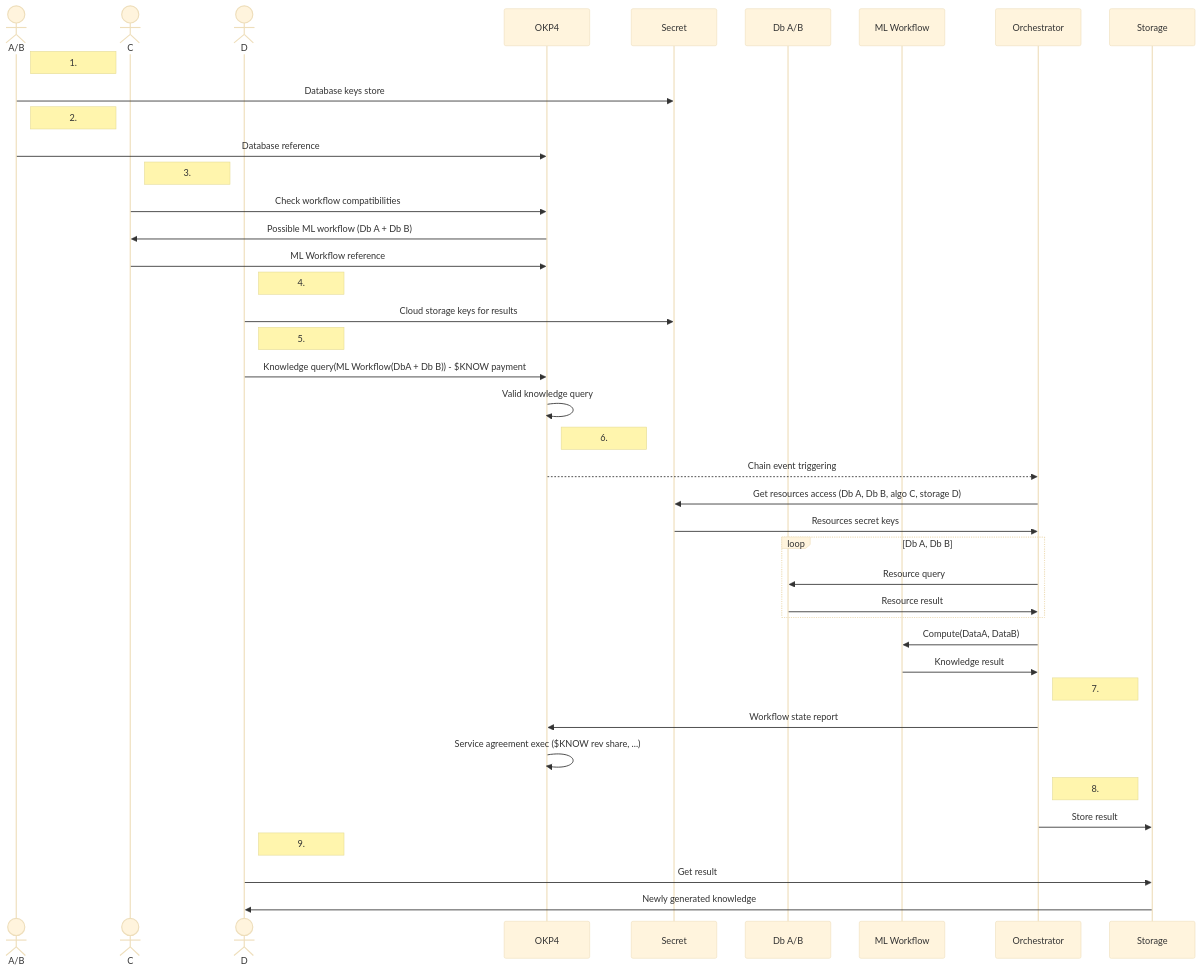
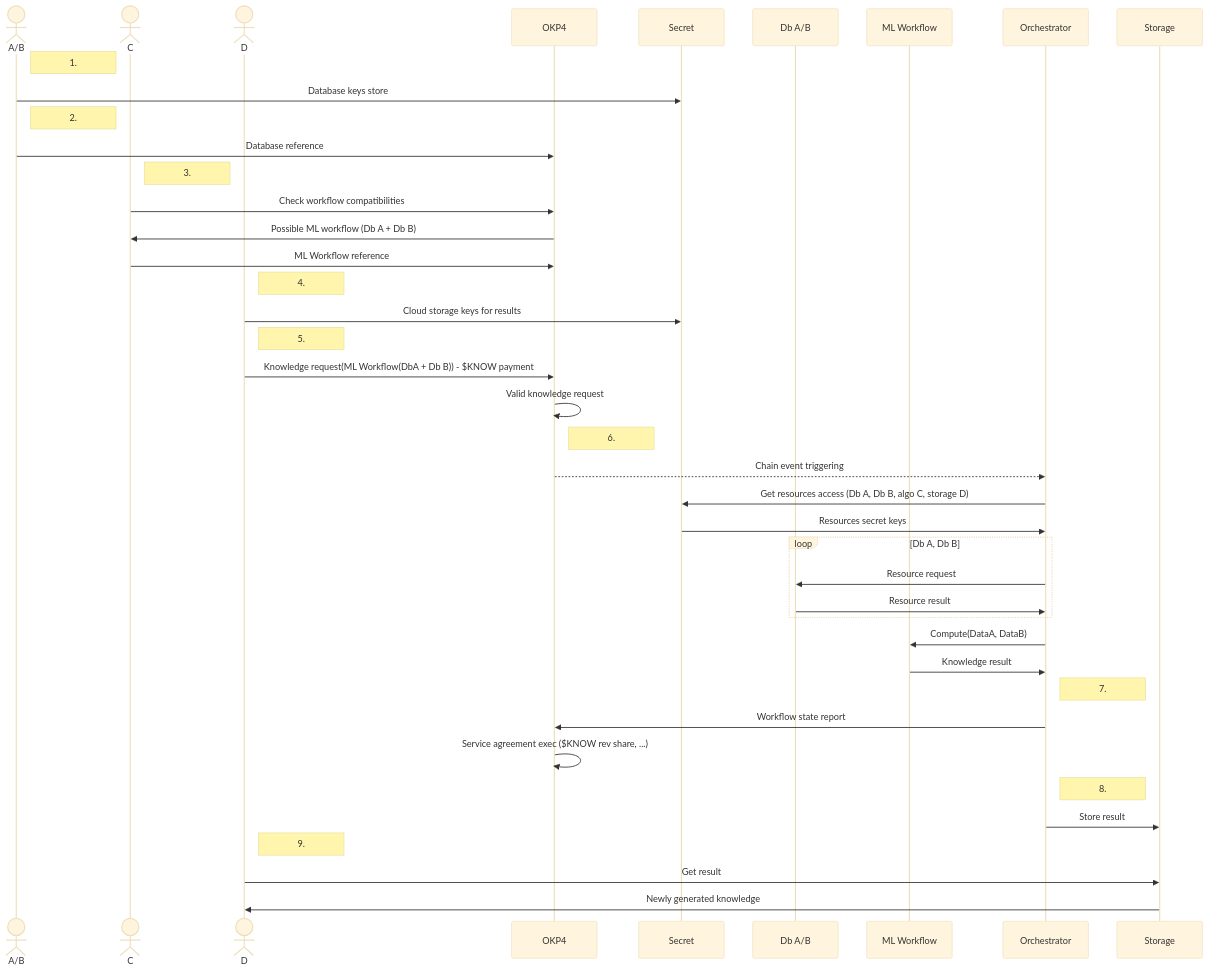
One commit to axone-protocol/docs changed the diagram in docs/whitepaper/architecture.mdx. Above: the diagram before and after it, drawn with Mermaid (base theme). The commit also changed other lines of this file and 2 other files, not shown here.

````diff
--- a/docs/whitepaper/architecture.mdx
+++ b/docs/whitepaper/architecture.mdx
@@ -232,55 +229,55 @@
 ```mermaid
 
 sequenceDiagram
     
     actor DataProv as A/B
     actor ServProv as C
     actor IndD as D
     participant OKP4
     participant Secret
     participant Db A/B
     participant ML Workflow
     participant Orchestrator
     participant Storage
 
 Note right of DataProv: 1. 
 DataProv->> Secret: Database keys store
 
 Note right of DataProv: 2. 
 DataProv->> OKP4: Database reference
 
 Note right of ServProv: 3. 
 ServProv->> OKP4: Check workflow compatibilities
 OKP4->> ServProv: Possible ML workflow (Db A + Db B)
 ServProv->> OKP4: ML Workflow reference
 
 Note right of IndD: 4. 
 IndD->> Secret: Cloud storage keys for results
 
 Note right of IndD: 5. 
-IndD->> OKP4: Knowledge query(ML Workflow(DbA + Db B)) - $KNOW payment
-OKP4->>OKP4: Valid knowledge query
+IndD->> OKP4: Knowledge request(ML Workflow(DbA + Db B)) - $KNOW payment
+OKP4->>OKP4: Valid knowledge request
 
 Note right of OKP4: 6. 
 OKP4-->>Orchestrator: Chain event triggering
 Orchestrator->> Secret: Get resources access (Db A, Db B, algo C, storage D)
 Secret->> Orchestrator: Resources secret keys
 loop Db A, Db B
-Orchestrator->> Db A/B: Resource query
+Orchestrator->> Db A/B: Resource request
 Db A/B->> Orchestrator: Resource result
 end 
 Orchestrator->> ML Workflow: Compute(DataA, DataB)
 ML Workflow->> Orchestrator: Knowledge result
 
 Note right of Orchestrator: 7. 
 Orchestrator->> OKP4: Workflow state report
 OKP4->>OKP4: Service agreement exec ($KNOW rev share, ...)
 
 Note right of Orchestrator: 8. 
 Orchestrator->> Storage: Store result
 
 Note right of IndD: 9. 
 IndD->> Storage: Get result
 Storage->>IndD: Newly generated knowledge
 
 ```
````
